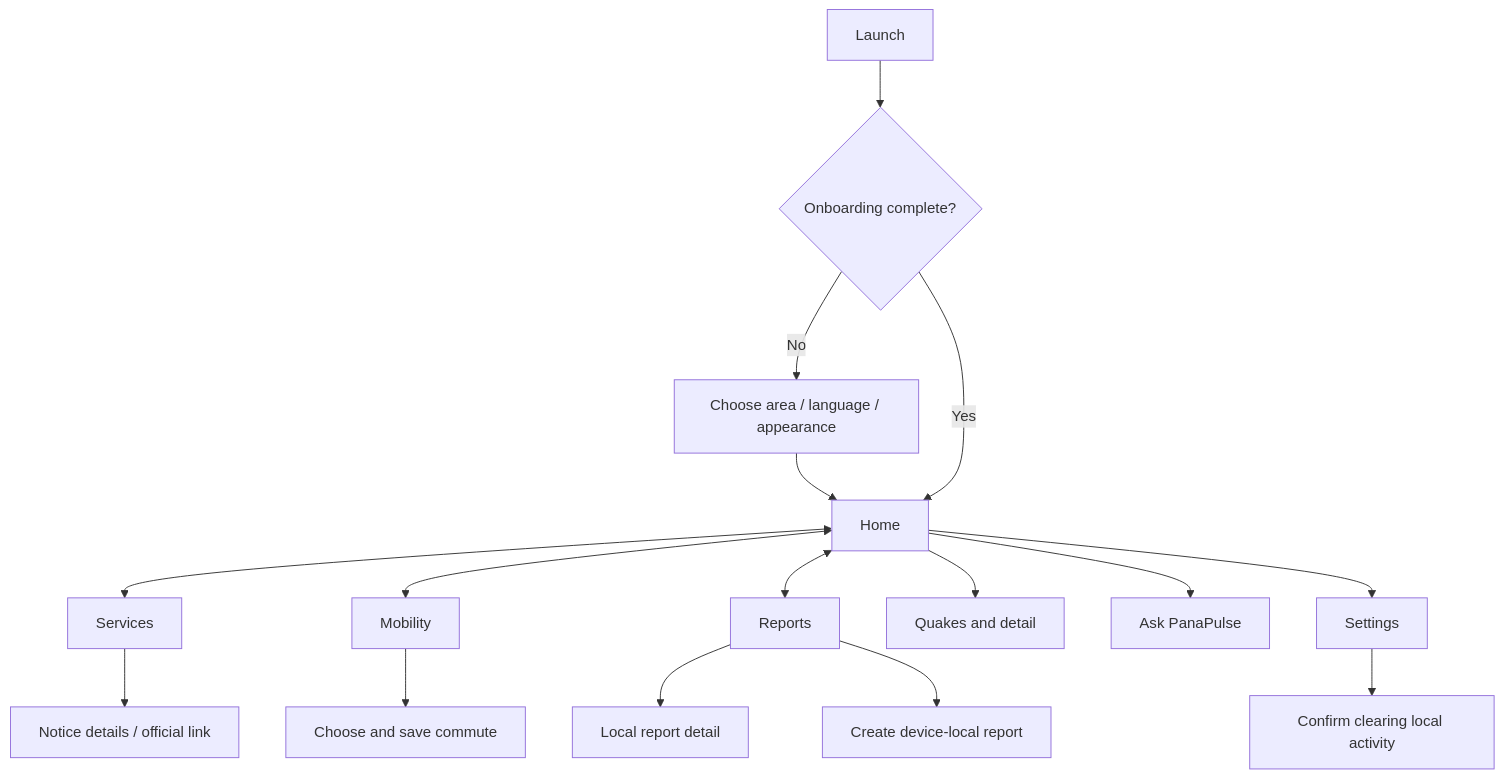
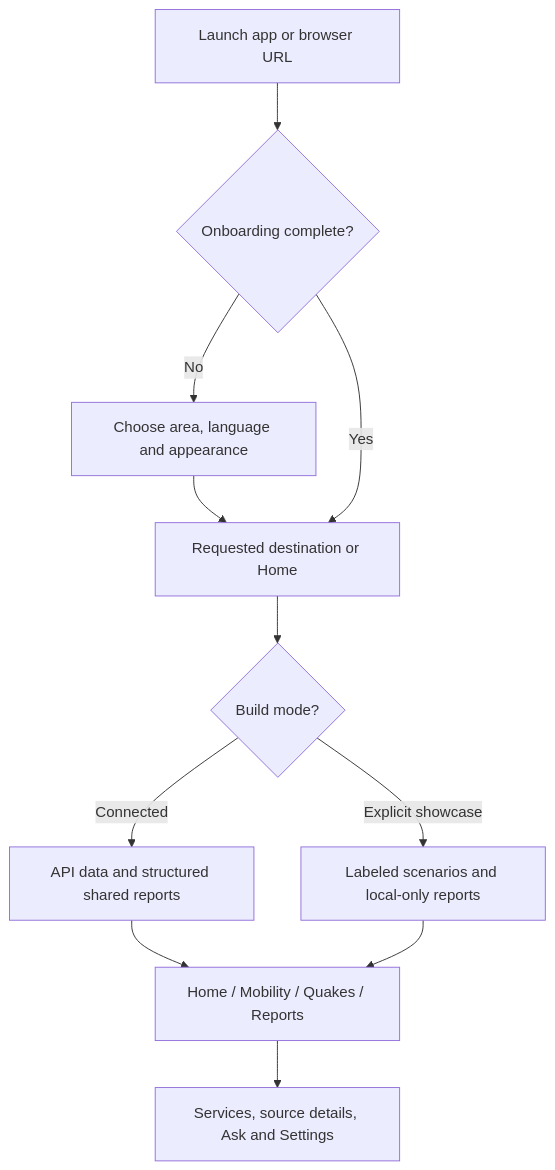
The second of 9 diagrams in docs/architecture/PANAPULSE_TECHNICAL_ARCHITECTURE.md (AngelP17/PanaPulse), drawn with Mermaid before and after one commit. The commit also changed other lines of this file and 13 other files, not shown here.

Commit message:
docs(beta): reconcile Mermaid architecture, API contracts and owner acceptance

````diff
--- a/docs/architecture/PANAPULSE_TECHNICAL_ARCHITECTURE.md
+++ b/docs/architecture/PANAPULSE_TECHNICAL_ARCHITECTURE.md
@@ -29,18 +30,13 @@
 ```mermaid
 flowchart TD
-    Start["Launch"] --> Check{"Onboarding complete?"}
-    Check -- No --> Onboard["Choose area / language / appearance"]
-    Onboard --> Home
-    Check -- Yes --> Home["Home"]
-    Home <--> Services["Services"]
-    Home <--> Mobility["Mobility"]
-    Home <--> Reports["Reports"]
-    Home --> Quakes["Quakes and detail"]
-    Home --> Chat["Ask PanaPulse"]
-    Home --> Settings["Settings"]
-    Services --> Notice["Notice details / official link"]
-    Mobility --> Commute["Choose and save commute"]
-    Reports --> ReportDetail["Local report detail"]
-    Reports --> Create["Create device-local report"]
-    Settings --> Clear["Confirm clearing local activity"]
+    Start["Launch app or browser URL"] --> Welcome{"Onboarding complete?"}
+    Welcome -- No --> Setup["Choose area, language and appearance"]
+    Setup --> Destination["Requested destination or Home"]
+    Welcome -- Yes --> Destination
+    Destination --> Mode{"Build mode?"}
+    Mode -- Connected --> Real["API data and structured shared reports"]
+    Mode -- "Explicit showcase" --> Preview["Labeled scenarios and local-only reports"]
+    Real --> Tabs["Home / Mobility / Quakes / Reports"]
+    Preview --> Tabs
+    Tabs --> Detail["Services, source details, Ask and Settings"]
 ```
````
